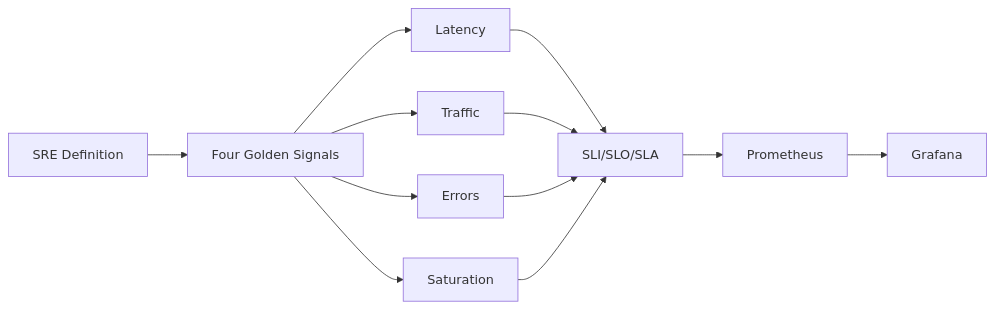
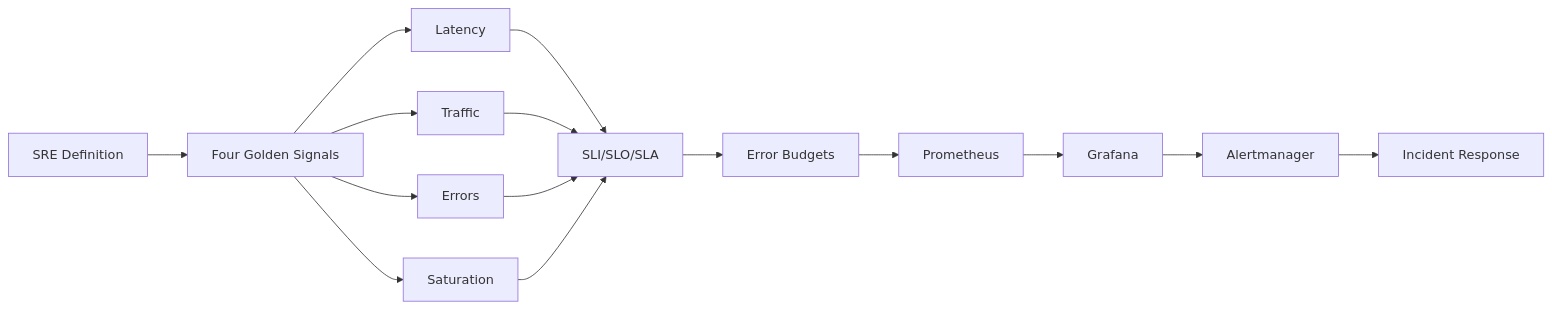
The diagram in docs/courses/devops/10-monitoring.md (Raushan666java/ai-engineering-journey), drawn with Mermaid before and after one commit. The commit also changed other lines of this file and 62 other files, not shown here.

````diff
--- a/docs/courses/devops/10-monitoring.md
+++ b/docs/courses/devops/10-monitoring.md
@@ -30,11 +34,14 @@
 ```mermaid
 flowchart LR
     A[SRE Definition] --> B[Four Golden Signals]
     B --> C[Latency]
     B --> D[Traffic]
     B --> E[Errors]
     B --> F[Saturation]
     C & D & E & F --> G[SLI/SLO/SLA]
-    G --> H[Prometheus]
-    H --> I[Grafana]
+    G --> H[Error Budgets]
+    H --> I[Prometheus]
+    I --> J[Grafana]
+    J --> K[Alertmanager]
+    K --> L[Incident Response]
 ```
````
